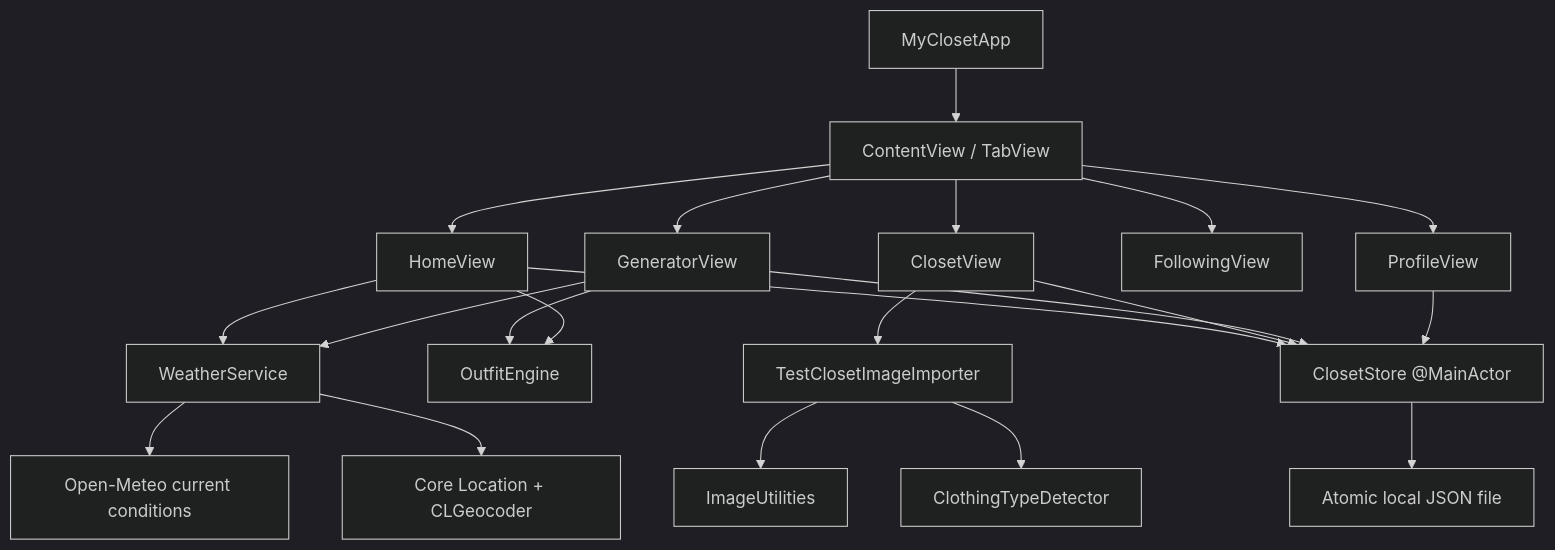
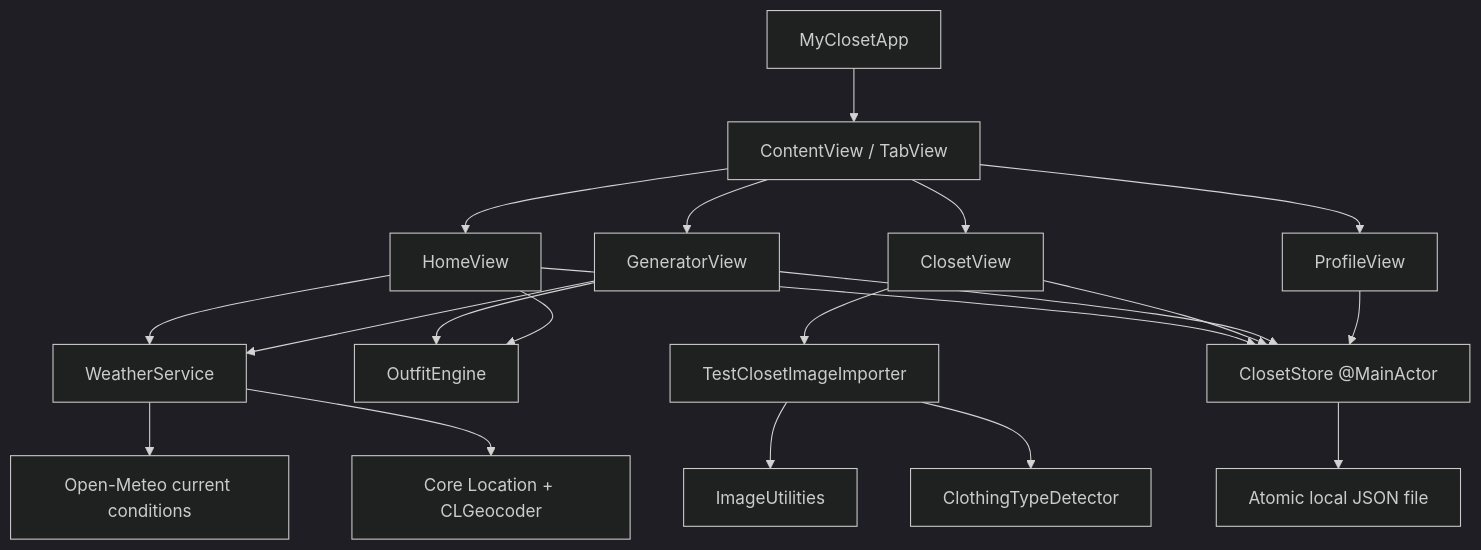
The first of 2 diagrams in docs/ARCHITECTURE.md (mkodithuwakku/myCloset), drawn with Mermaid (dark theme) before and after one commit. The commit also changed other lines of this file and 26 other files, not shown here.

````diff
--- a/docs/ARCHITECTURE.md
+++ b/docs/ARCHITECTURE.md
@@ -21,25 +21,24 @@
 ```mermaid
 flowchart TB
     App["MyClosetApp"] --> Tabs["ContentView / TabView"]
     Tabs --> Home["HomeView"]
     Tabs --> Closet["ClosetView"]
     Tabs --> Generate["GeneratorView"]
-    Tabs --> Following["FollowingView"]
     Tabs --> Profile["ProfileView"]
 
     Home --> Store["ClosetStore @MainActor"]
     Closet --> Store
     Generate --> Store
     Profile --> Store
     Generate --> Engine["OutfitEngine"]
     Home --> Engine
     Closet --> Importer["TestClosetImageImporter"]
     Importer --> Types["ClothingTypeDetector"]
     Importer --> Images["ImageUtilities"]
 
     Store --> JSON["Atomic local JSON file"]
     Home --> Weather["WeatherService"]
     Generate --> Weather
     Weather --> CoreLocation["Core Location + CLGeocoder"]
     Weather --> OpenMeteo["Open-Meteo current conditions"]
 ```
````
